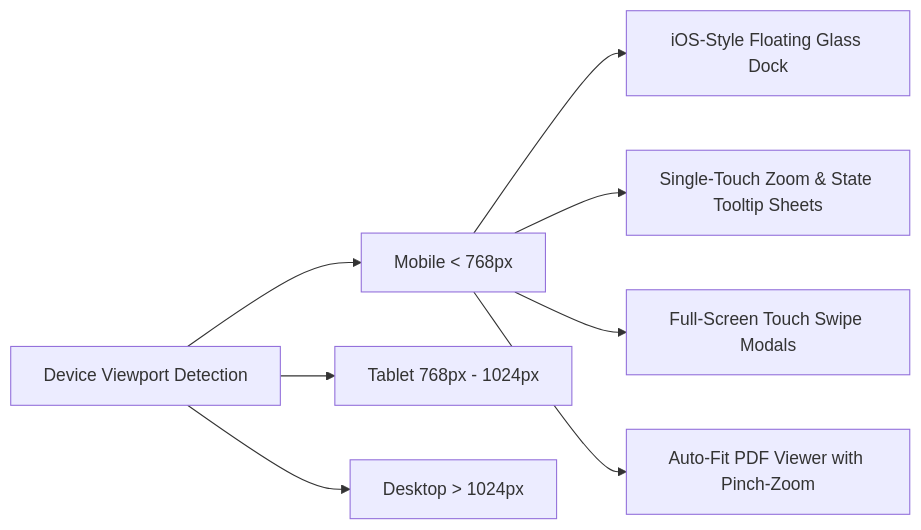
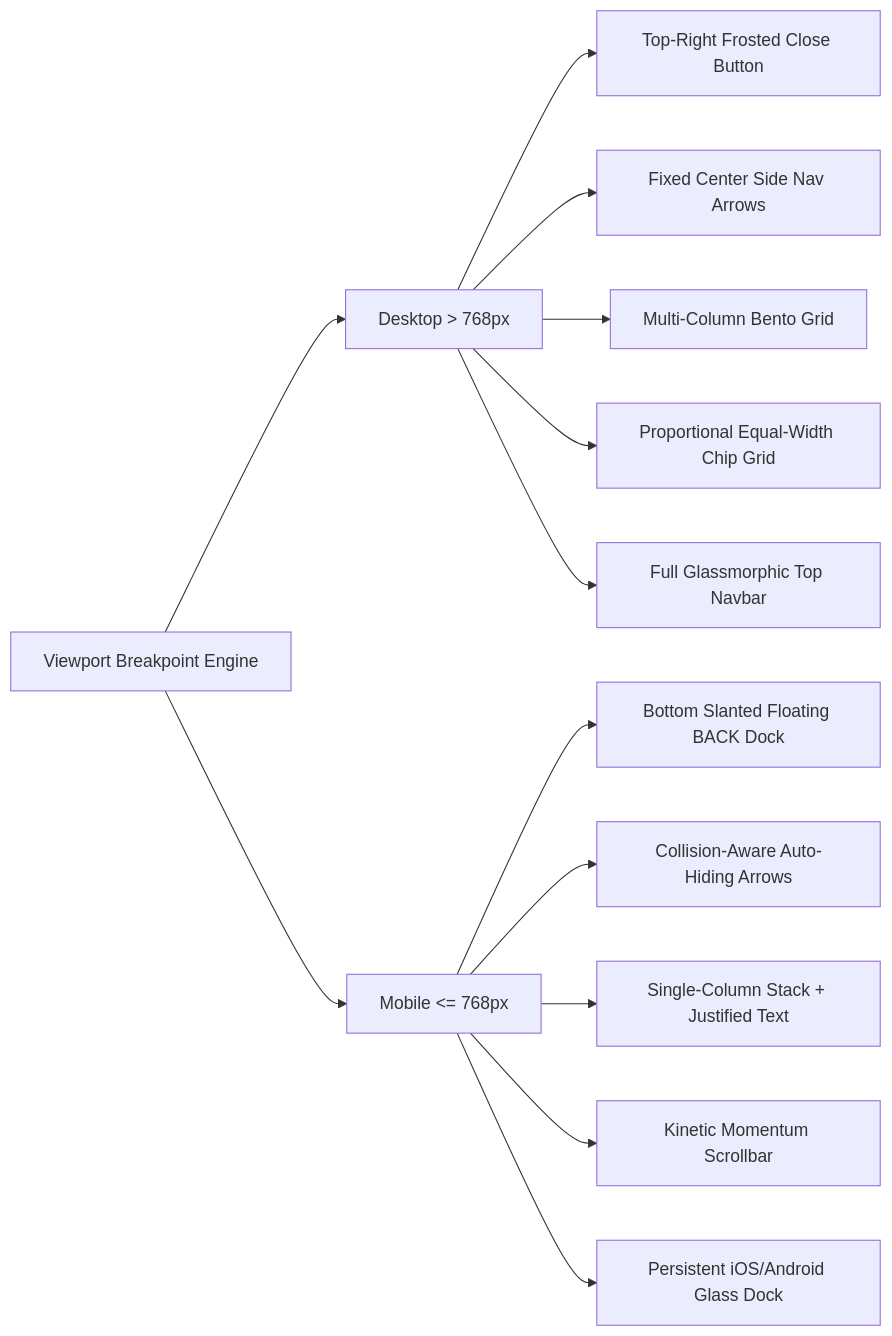
The second of 4 diagrams in DOCUMENTARY.md (naturis25-dev/brainstorm-portal), drawn with Mermaid before and after one commit. The commit also changed other lines of this file and 1 other file, not shown here.

Commit message:
docs: add detailed mobile vs desktop features and architecture difference matrix

````diff
--- a/DOCUMENTARY.md
+++ b/DOCUMENTARY.md
@@ -242,11 +244,17 @@
 ```mermaid
 graph LR
-    Screen[Device Viewport Detection] --> Mobile[Mobile < 768px]
-    Screen --> Tablet[Tablet 768px - 1024px]
-    Screen --> Desktop[Desktop > 1024px]
+    Screen[Viewport Breakpoint Engine] --> Desktop[Desktop > 768px]
+    Screen --> Mobile[Mobile <= 768px]
 
-    Mobile --> BottomDock[iOS-Style Floating Glass Dock]
-    Mobile --> TouchMap[Single-Touch Zoom & State Tooltip Sheets]
-    Mobile --> SheetModals[Full-Screen Touch Swipe Modals]
-    Mobile --> PDFMobile[Auto-Fit PDF Viewer with Pinch-Zoom]
+    Desktop --> D_Close[Top-Right Frosted Close Button]
+    Desktop --> D_Arrows[Fixed Center Side Nav Arrows]
+    Desktop --> D_Grid[Multi-Column Bento Grid]
+    Desktop --> D_Chips[Proportional Equal-Width Chip Grid]
+    Desktop --> D_Nav[Full Glassmorphic Top Navbar]
+
+    Mobile --> M_Back[Bottom Slanted Floating BACK Dock]
+    Mobile --> M_SmartArrow[Collision-Aware Auto-Hiding Arrows]
+    Mobile --> M_Stack[Single-Column Stack + Justified Text]
+    Mobile --> M_Scroll[Kinetic Momentum Scrollbar]
+    Mobile --> M_Dock[Persistent iOS/Android Glass Dock]
 ```
````
